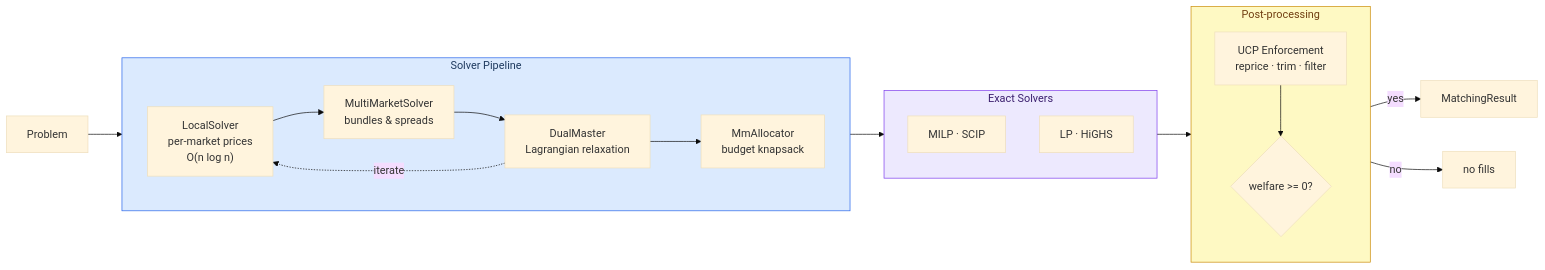
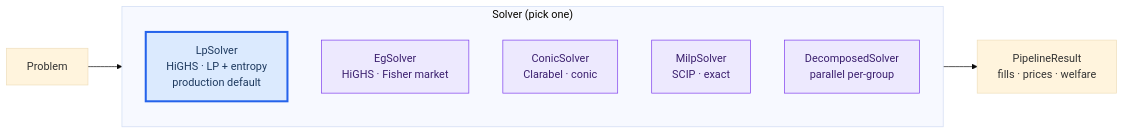
Before and after one commit to MetaB0y/sybil: the third of 5 diagrams in design/architecture-diagrams.md, drawn with Mermaid (base theme). The commit also changed other lines of this file and 50 other files, not shown here.

````diff
--- a/design/architecture-diagrams.md
+++ b/design/architecture-diagrams.md
@@ -136,45 +136,23 @@
 ```mermaid
 flowchart LR
     IN["Problem"]
 
-    subgraph pipeline["Solver Pipeline"]
-        direction LR
-        LOCAL["LocalSolver<br/>per-market prices<br/>O(n log n)"]
-        MULTI["MultiMarketSolver<br/>bundles & spreads"]
-        DUAL["DualMaster<br/>Lagrangian relaxation"]
-        MMA["MmAllocator<br/>budget knapsack"]
-
-        LOCAL --> MULTI --> DUAL --> MMA
-        DUAL -.->|"iterate"| LOCAL
+    subgraph solvers["Solver (pick one)"]
+        direction TB
+        LP["LpSolver<br/>HiGHS · LP + entropy<br/>production default"]
+        EG["EgSolver<br/>HiGHS · Fisher market"]
+        CONIC["ConicSolver<br/>Clarabel · conic"]
+        MILP["MilpSolver<br/>SCIP · exact"]
+        DECOMP["DecomposedSolver<br/>parallel per-group"]
     end
 
-    subgraph exact["Exact Solvers"]
-        direction TB
-        MILP["MILP · SCIP"]
-        LP["LP · HiGHS"]
-    end
+    OUT["PipelineResult<br/>fills · prices · welfare"]
 
-    subgraph post["Post-processing"]
-        direction TB
-        UCP["UCP Enforcement<br/>reprice · trim · filter"]
-        CHECK{"welfare >= 0?"}
-        UCP --> CHECK
-    end
+    IN --> solvers --> OUT
 
-    OUT["MatchingResult"]
-    NONE["no fills"]
+    classDef solverStyle fill:#ede9fe,stroke:#7c3aed,color:#3b1f6e
+    classDef defaultStyle fill:#dbeafe,stroke:#2563eb,stroke-width:3px,color:#1e3a5f
 
-    IN --> LOCAL
-    MMA --> exact
-    exact --> UCP
-    CHECK -->|"yes"| OUT
-    CHECK -->|"no"| NONE
-
-    classDef phase fill:#dbeafe,stroke:#2563eb,color:#1e3a5f
-    classDef exactStyle fill:#ede9fe,stroke:#7c3aed,color:#3b1f6e
-    classDef postStyle fill:#fef9c3,stroke:#ca8a04,color:#713f12
-
-    class pipeline phase
-    class exact exactStyle
-    class post postStyle
+    class EG,CONIC,MILP,DECOMP solverStyle
+    class LP defaultStyle
 ```
````
